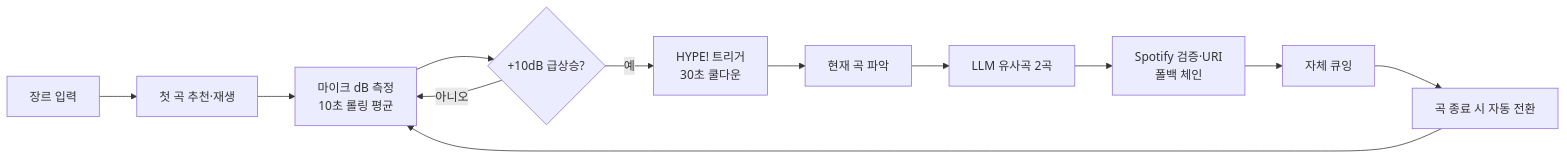
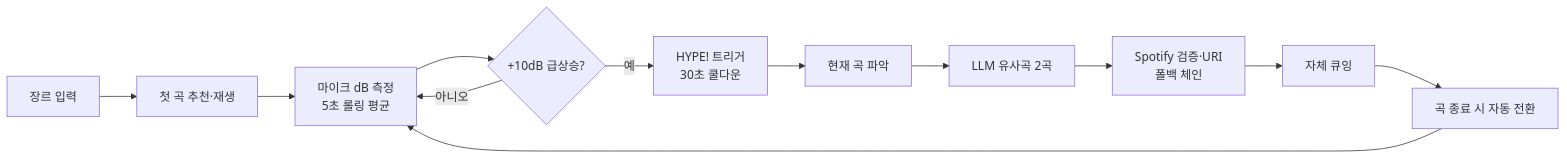
Before and after one commit to HackTheBeat-TEAM-L/project: the diagram in README.md, drawn with Mermaid. The commit also changed other lines of this file and 4 other files, not shown here.

````diff
--- a/README.md
+++ b/README.md
@@ -27,14 +27,14 @@
 ```mermaid
 flowchart LR
   A[장르 입력] --> B[첫 곡 추천·재생]
-  B --> C[마이크 dB 측정<br/>10초 롤링 평균]
+  B --> C[마이크 dB 측정<br/>5초 롤링 평균]
   C --> D{+10dB 급상승?}
   D -- 예 --> E[HYPE! 트리거<br/>30초 쿨다운]
   D -- 아니오 --> C
   E --> F[현재 곡 파악]
   F --> G[LLM 유사곡 2곡]
   G --> H[Spotify 검증·URI<br/>폴백 체인]
   H --> I[자체 큐잉]
   I --> J[곡 종료 시 자동 전환]
   J --> C
 ```
````
